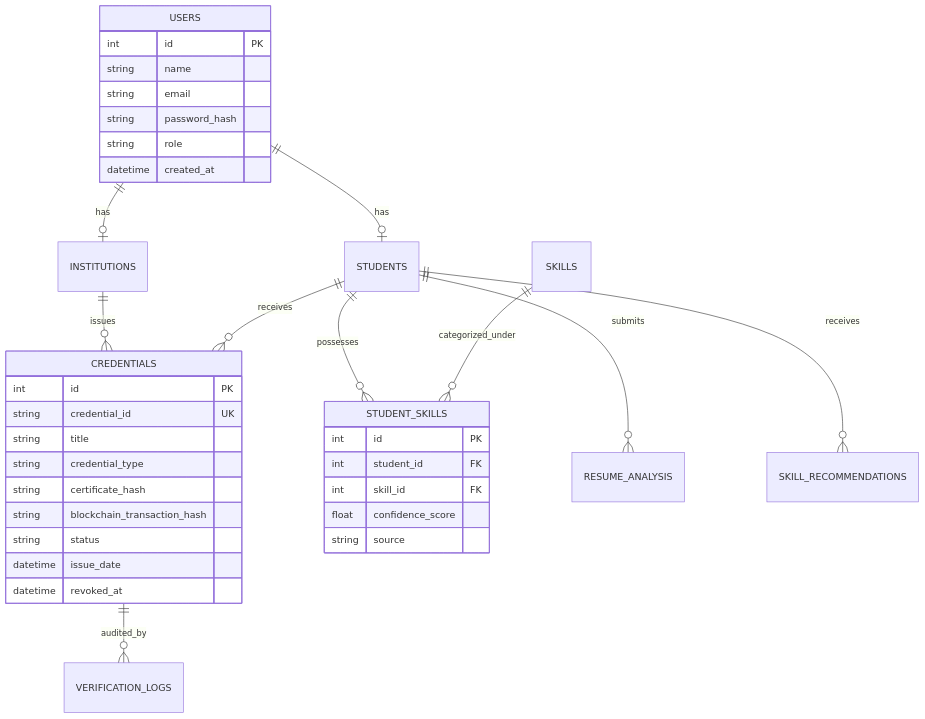
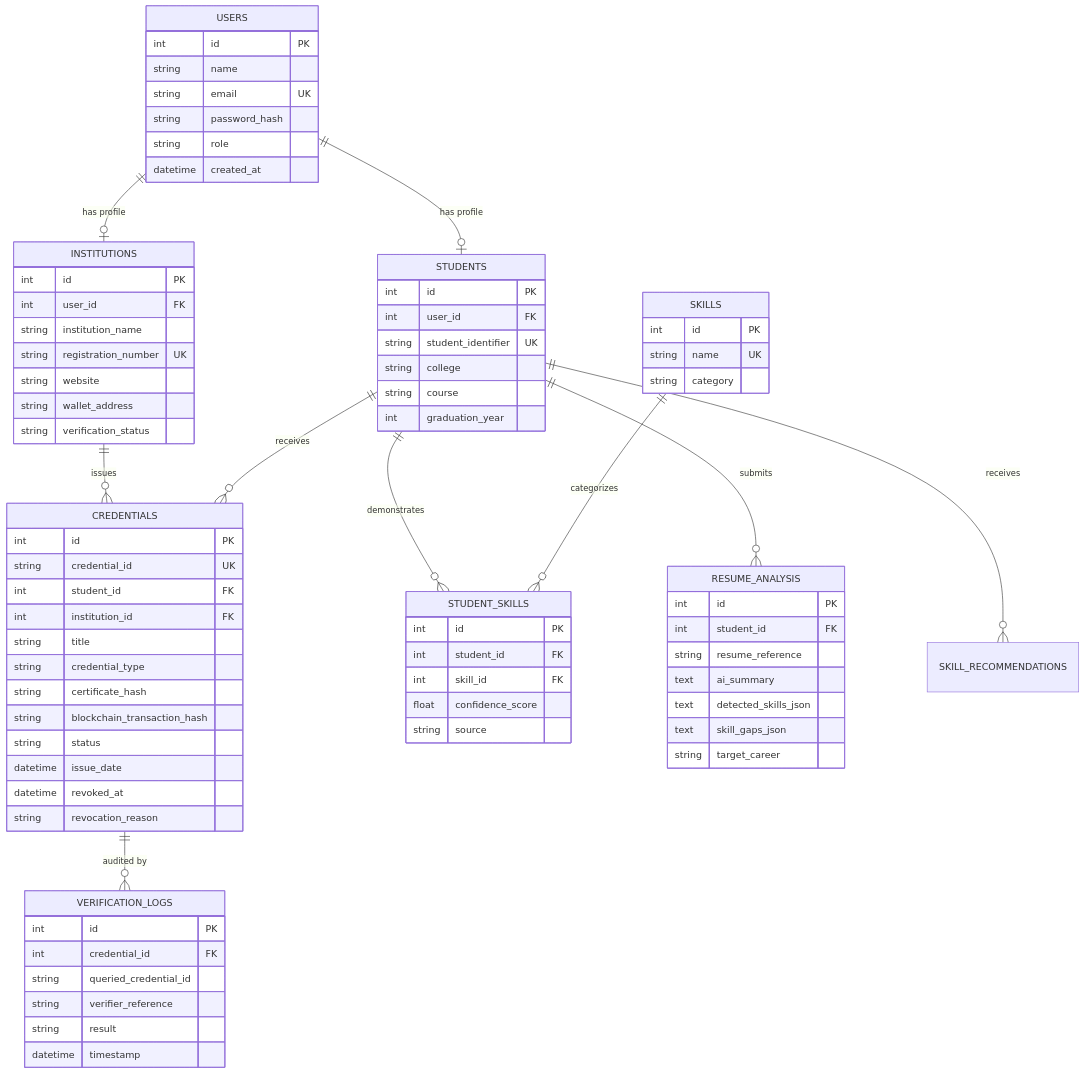
One commit to adityasing9/SKILLCHAIN changed the third of 3 diagrams in README.md. Above: the diagram before and after it, drawn with Mermaid. The commit also changed other lines of this file, not shown here.

````diff
--- a/README.md
+++ b/README.md
@@ -87,27 +329,48 @@
 ```mermaid
 erDiagram
-    USERS ||--o| STUDENTS : has
-    USERS ||--o| INSTITUTIONS : has
-    INSTITUTIONS ||--o{ CREDENTIALS : issues
-    STUDENTS ||--o{ CREDENTIALS : receives
-    STUDENTS ||--o{ STUDENT_SKILLS : possesses
-    SKILLS ||--o{ STUDENT_SKILLS : categorized_under
-    STUDENTS ||--o{ RESUME_ANALYSIS : submits
-    STUDENTS ||--o{ SKILL_RECOMMENDATIONS : receives
-    CREDENTIALS ||--o{ VERIFICATION_LOGS : audited_by
+    USERS ||--o| STUDENTS : "has profile"
+    USERS ||--o| INSTITUTIONS : "has profile"
+    INSTITUTIONS ||--o{ CREDENTIALS : "issues"
+    STUDENTS ||--o{ CREDENTIALS : "receives"
+    STUDENTS ||--o{ STUDENT_SKILLS : "demonstrates"
+    SKILLS ||--o{ STUDENT_SKILLS : "categorizes"
+    STUDENTS ||--o{ RESUME_ANALYSIS : "submits"
+    STUDENTS ||--o{ SKILL_RECOMMENDATIONS : "receives"
+    CREDENTIALS ||--o{ VERIFICATION_LOGS : "audited by"
 
     USERS {
         int id PK
         string name
-        string email
+        string email UK
         string password_hash
         string role
         datetime created_at
     }
 
+    INSTITUTIONS {
+        int id PK
+        int user_id FK
+        string institution_name
+        string registration_number UK
+        string website
+        string wallet_address
+        string verification_status
+    }
+
+    STUDENTS {
+        int id PK
+        int user_id FK
+        string student_identifier UK
+        string college
+        string course
+        int graduation_year
+    }
+
     CREDENTIALS {
         int id PK
         string credential_id UK
+        int student_id FK
+        int institution_id FK
         string title
         string credential_type
         string certificate_hash
@@ -115,6 +378,13 @@
         string status
         datetime issue_date
         datetime revoked_at
+        string revocation_reason
+    }
+
+    SKILLS {
+        int id PK
+        string name UK
+        string category
     }
 
     STUDENT_SKILLS {
@@ -124,4 +394,23 @@
         float confidence_score
         string source
     }
+
+    RESUME_ANALYSIS {
+        int id PK
+        int student_id FK
+        string resume_reference
+        text ai_summary
+        text detected_skills_json
+        text skill_gaps_json
+        string target_career
+    }
+
+    VERIFICATION_LOGS {
+        int id PK
+        int credential_id FK
+        string queried_credential_id
+        string verifier_reference
+        string result
+        datetime timestamp
+    }
 ```
````
